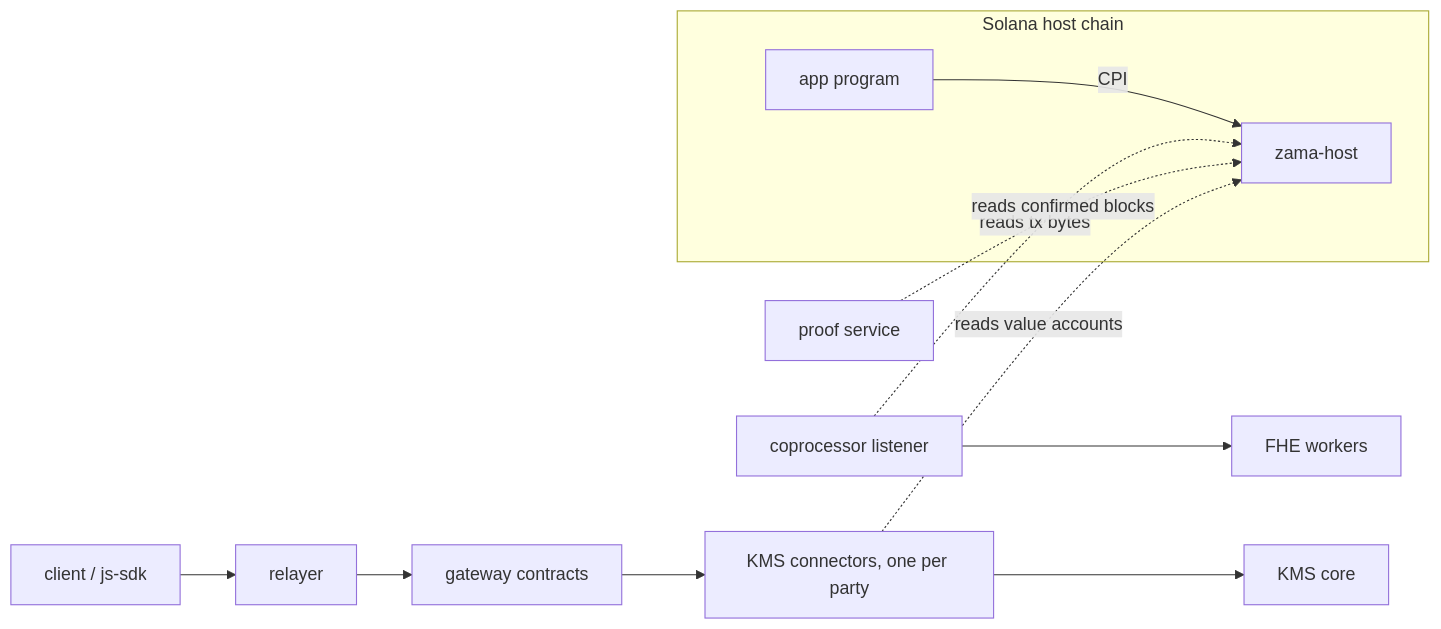
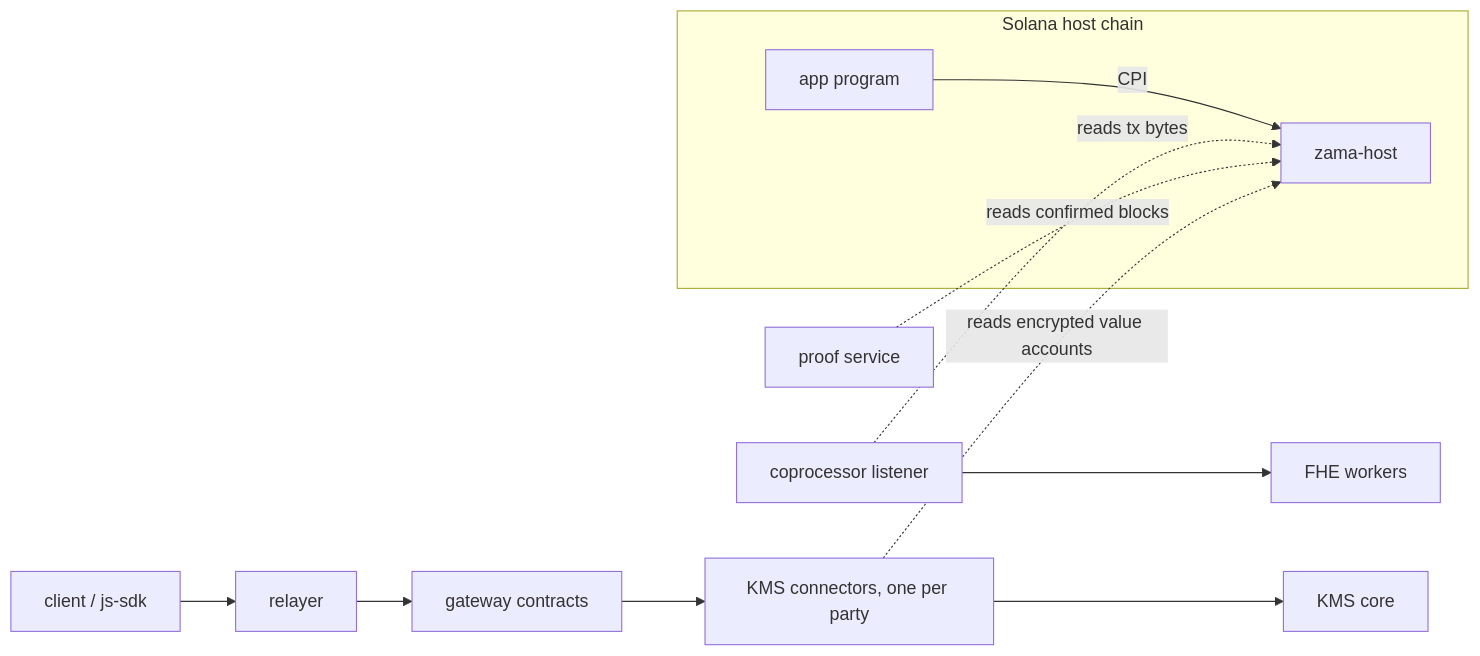
The diagram in solana/README.md (zama-ai/fhevm), drawn with Mermaid before and after one commit. The commit also changed other lines of this file and 14 other files, not shown here.

````diff
--- a/solana/README.md
+++ b/solana/README.md
@@ -21,13 +21,13 @@
 ```mermaid
 flowchart LR
     subgraph Solana host chain
         APP[app program] -->|CPI| HOST[zama-host]
     end
     LISTENER[coprocessor listener] -.->|reads tx bytes| HOST
     LISTENER --> WORKERS[FHE workers]
     PROOF[proof service] -.->|reads confirmed blocks| HOST
     CLIENT[client / js-sdk] --> RELAYER[relayer] --> GATEWAY[gateway contracts]
     GATEWAY --> CONNECTOR[KMS connectors, one per party]
-    CONNECTOR -.->|reads value accounts| HOST
+    CONNECTOR -.->|reads encrypted value accounts| HOST
     CONNECTOR --> KMS[KMS core]
 ```
````
